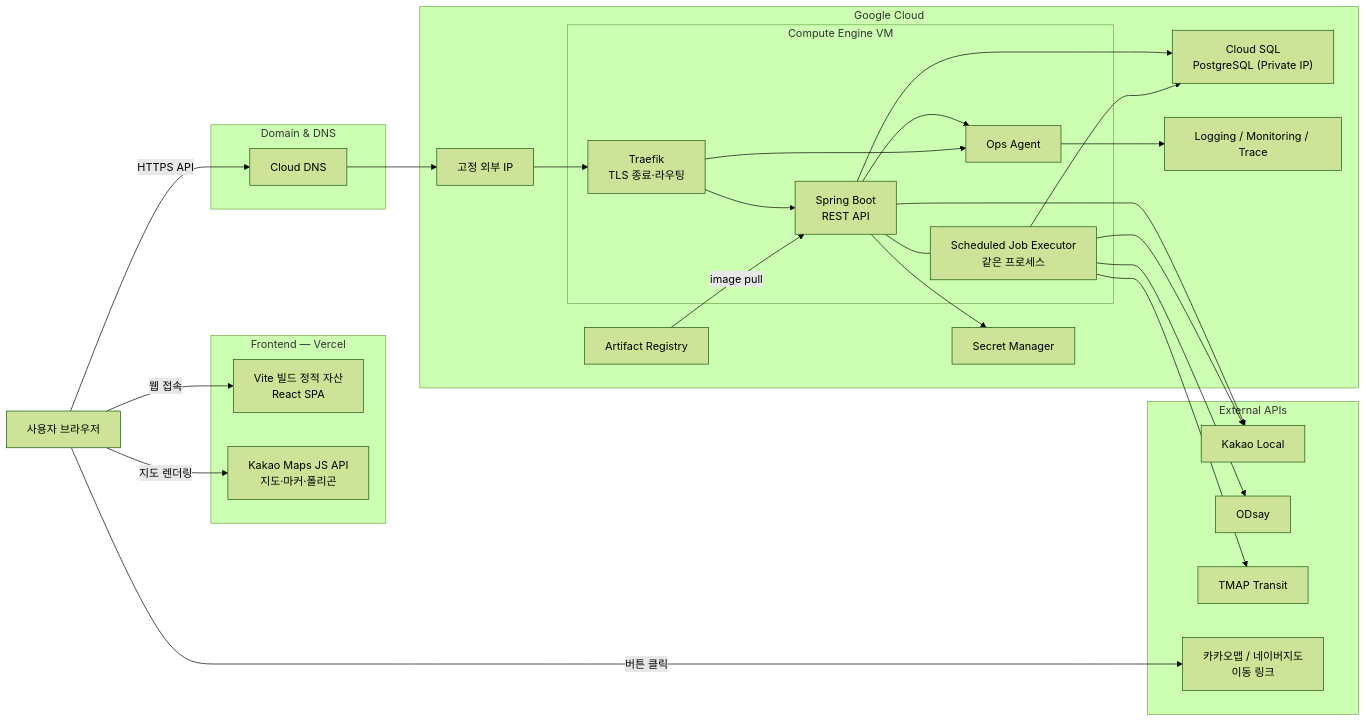
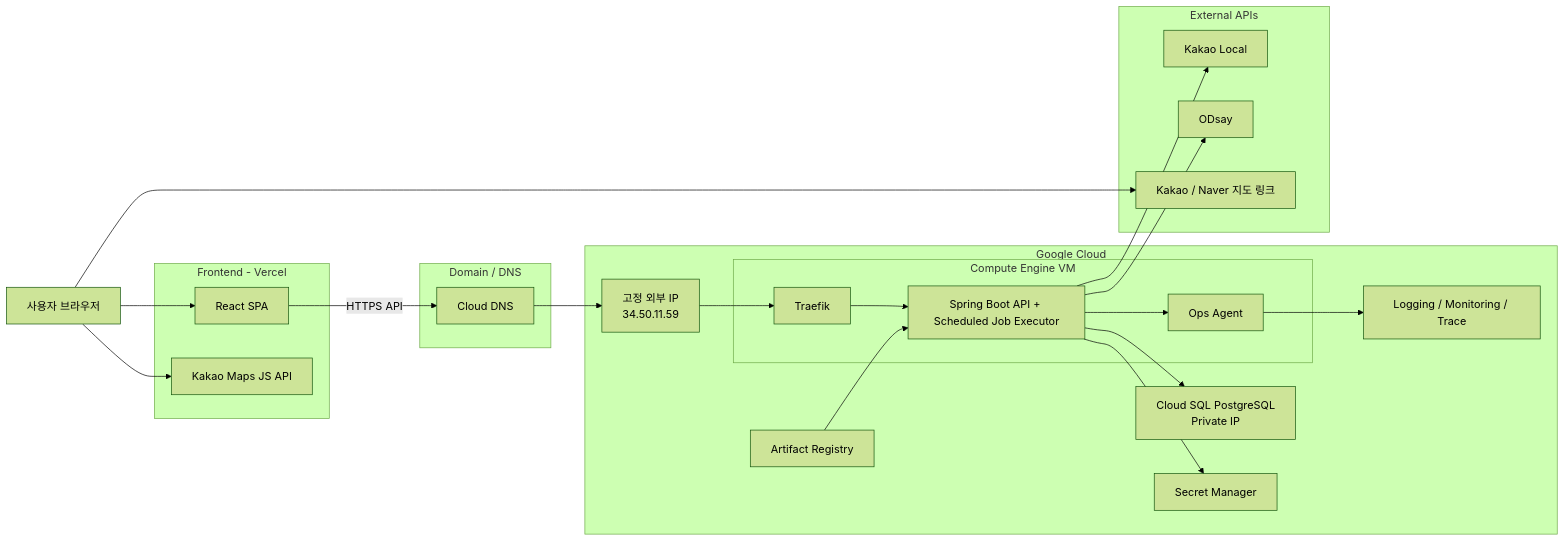
Before and after one commit to 2026-Siheung-SW-Bootcamp-Team-D/docs: the first of 4 diagrams in specs/시스템아키텍처_v1.0.md, drawn with Mermaid (forest theme). The commit also changed other lines of this file and 6 other files, not shown here.

````diff
--- a/specs/시스템아키텍처_v1.0.md
+++ b/specs/시스템아키텍처_v1.0.md
@@ -66,52 +49,44 @@
 ```mermaid
 flowchart LR
     U["사용자 브라우저"]
 
-    subgraph FE["Frontend — Vercel"]
-        V["Vite 빌드 정적 자산<br/>React SPA"]
-        KM["Kakao Maps JS API<br/>지도·마커·폴리곤"]
+    subgraph FE["Frontend - Vercel"]
+        SPA["React SPA"]
+        MAP["Kakao Maps JS API"]
     end
 
-    subgraph DNS["Domain & DNS"]
+    subgraph DNS["Domain / DNS"]
         CDNS["Cloud DNS"]
     end
 
     subgraph GCP["Google Cloud"]
-        IP["고정 외부 IP"]
+        IP["고정 외부 IP<br/>34.50.11.59"]
         subgraph VM["Compute Engine VM"]
-            TR["Traefik<br/>TLS 종료·라우팅"]
-            APP["Spring Boot<br/>REST API"]
-            JOB["Scheduled Job Executor<br/>같은 프로세스"]
+            TR["Traefik"]
+            APP["Spring Boot API + Scheduled Job Executor"]
             OPS["Ops Agent"]
         end
-        SQL["Cloud SQL<br/>PostgreSQL (Private IP)"]
+        SQL["Cloud SQL PostgreSQL<br/>Private IP"]
         SM["Secret Manager"]
         AR["Artifact Registry"]
         OBS["Logging / Monitoring / Trace"]
     end
 
     subgraph EXT["External APIs"]
         KL["Kakao Local"]
         OD["ODsay"]
-        TM["TMAP Transit"]
-        OUT["카카오맵 / 네이버지도<br/>이동 링크"]
+        OUT["Kakao / Naver 지도 링크"]
     end
 
-    U -->|"웹 접속"| V
-    U -->|"지도 렌더링"| KM
-    U -->|"HTTPS API"| CDNS
+    U --> SPA
+    U --> MAP
+    SPA -->|"HTTPS API"| CDNS
     CDNS --> IP --> TR --> APP
-    APP --- JOB
     APP --> SQL
-    JOB --> SQL
     APP --> SM
     APP --> KL
-    JOB --> KL
-    JOB --> OD
-    JOB --> TM
-    AR -->|"image pull"| APP
-    APP --> OPS
-    TR --> OPS
-    OPS --> OBS
-    U -->|"버튼 클릭"| OUT
+    APP --> OD
+    APP --> OPS --> OBS
+    AR --> APP
+    U --> OUT
 ```
````
